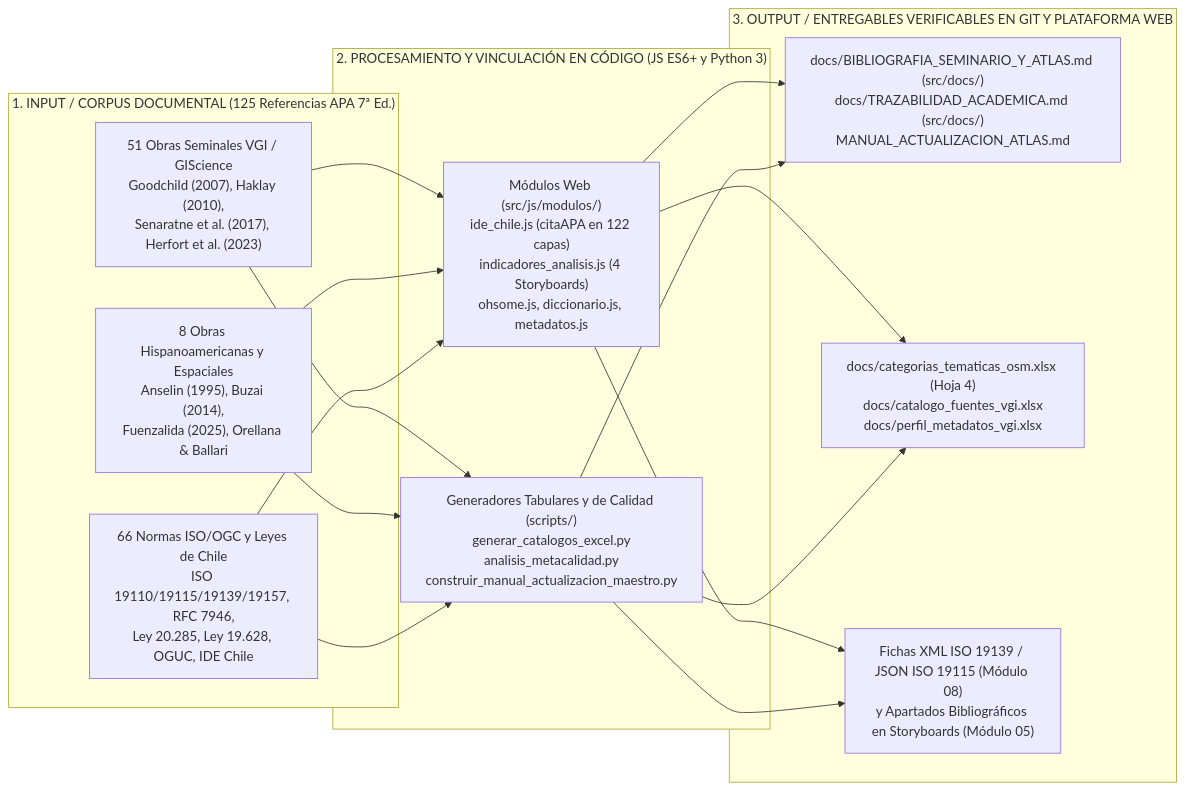
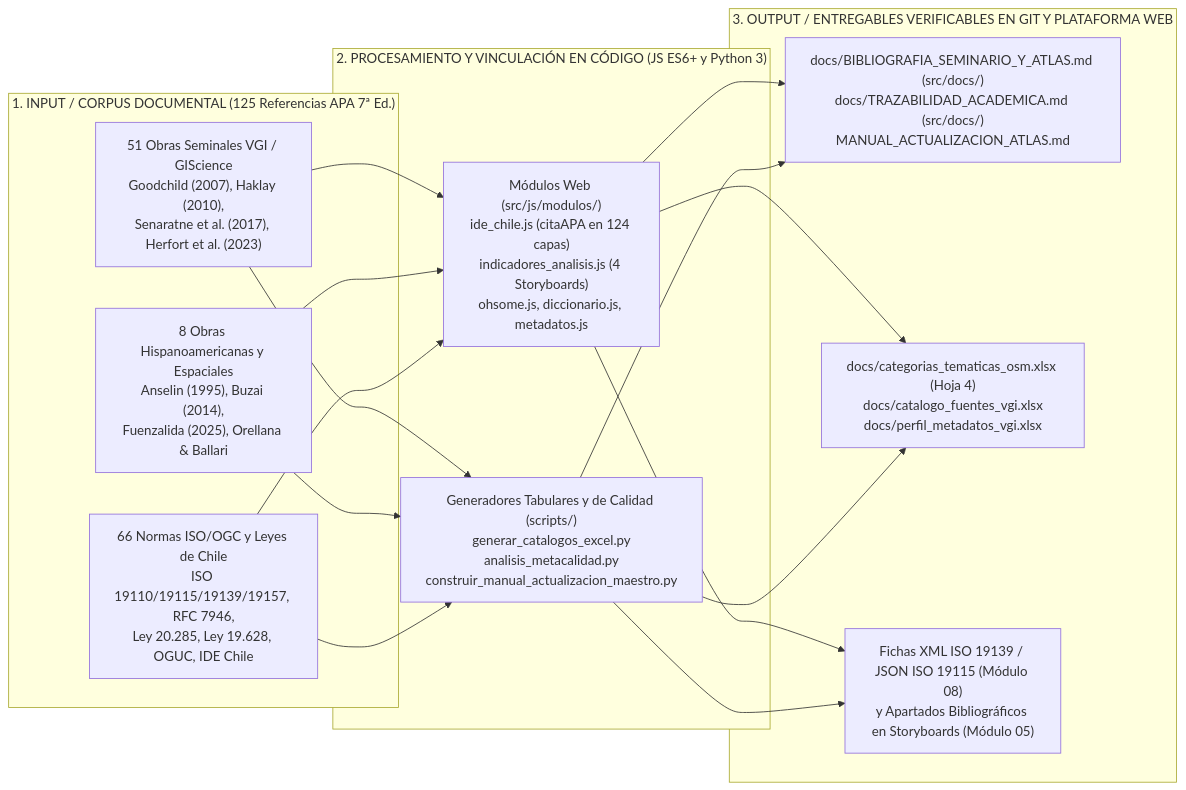
Before and after one commit to GEOJOTA/atlas_vgi_territorial: the first of 2 diagrams in docs/BIBLIOGRAFIA_SEMINARIO_Y_ATLAS.md, drawn with Mermaid. The commit also changed other lines of this file and 44 other files, not shown here.

````diff
--- a/docs/BIBLIOGRAFIA_SEMINARIO_Y_ATLAS.md
+++ b/docs/BIBLIOGRAFIA_SEMINARIO_Y_ATLAS.md
@@ -29,22 +29,22 @@
 ```mermaid
 flowchart LR
     subgraph IN["1. INPUT / CORPUS DOCUMENTAL (125 Referencias APA 7ª Ed.)"]
         B1["51 Obras Seminales VGI / GIScience<br/>Goodchild (2007), Haklay (2010),<br/>Senaratne et al. (2017), Herfort et al. (2023)"]
         B2["8 Obras Hispanoamericanas y Espaciales<br/>Anselin (1995), Buzai (2014),<br/>Fuenzalida (2025), Orellana & Ballari"]
         B3["66 Normas ISO/OGC y Leyes de Chile<br/>ISO 19110/19115/19139/19157, RFC 7946,<br/>Ley 20.285, Ley 19.628, OGUC, IDE Chile"]
     end
 
     subgraph PROC["2. PROCESAMIENTO Y VINCULACIÓN EN CÓDIGO (JS ES6+ y Python 3)"]
-        M1["Módulos Web (src/js/modulos/)<br/>ide_chile.js (citaAPA en 122 capas)<br/>indicadores_analisis.js (4 Storyboards)<br/>ohsome.js, diccionario.js, metadatos.js"]
+        M1["Módulos Web (src/js/modulos/)<br/>ide_chile.js (citaAPA en 124 capas)<br/>indicadores_analisis.js (4 Storyboards)<br/>ohsome.js, diccionario.js, metadatos.js"]
         M2["Generadores Tabulares y de Calidad (scripts/)<br/>generar_catalogos_excel.py<br/>analisis_metacalidad.py<br/>construir_manual_actualizacion_maestro.py"]
     end
 
     subgraph OUT["3. OUTPUT / ENTREGABLES VERIFICABLES EN GIT Y PLATAFORMA WEB"]
         E1["docs/BIBLIOGRAFIA_SEMINARIO_Y_ATLAS.md (src/docs/)<br/>docs/TRAZABILIDAD_ACADEMICA.md (src/docs/)<br/>MANUAL_ACTUALIZACION_ATLAS.md"]
         E2["docs/categorias_tematicas_osm.xlsx (Hoja 4)<br/>docs/catalogo_fuentes_vgi.xlsx<br/>docs/perfil_metadatos_vgi.xlsx"]
         E3["Fichas XML ISO 19139 / JSON ISO 19115 (Módulo 08)<br/>y Apartados Bibliográficos en Storyboards (Módulo 05)"]
     end
 
     B1 & B2 & B3 --> M1 & M2
     M1 & M2 --> E1 & E2 & E3
 ```
````
